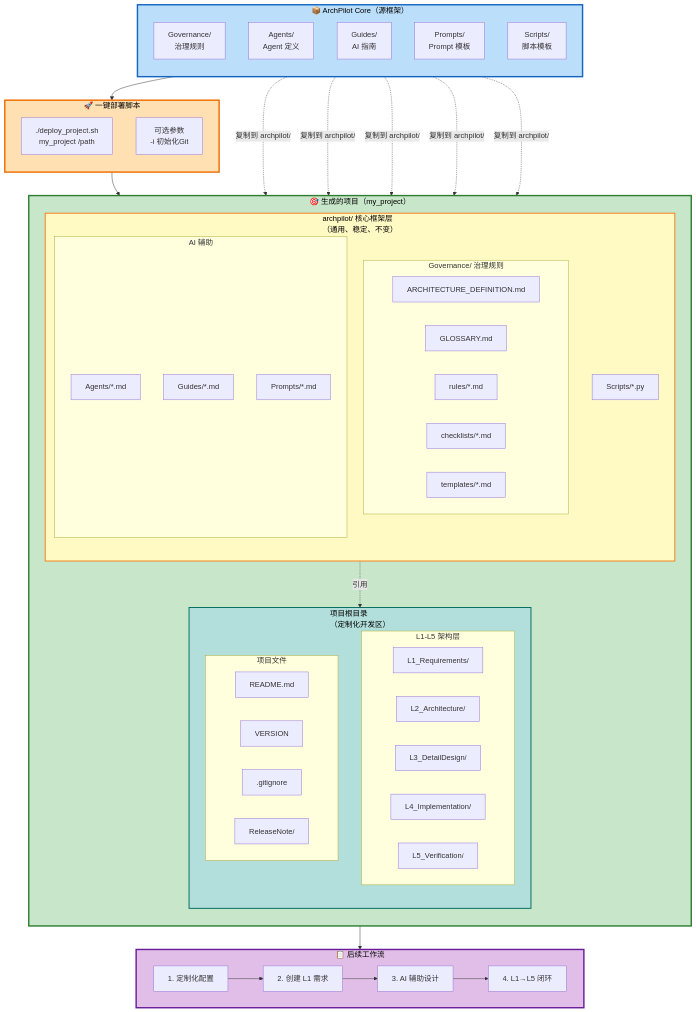
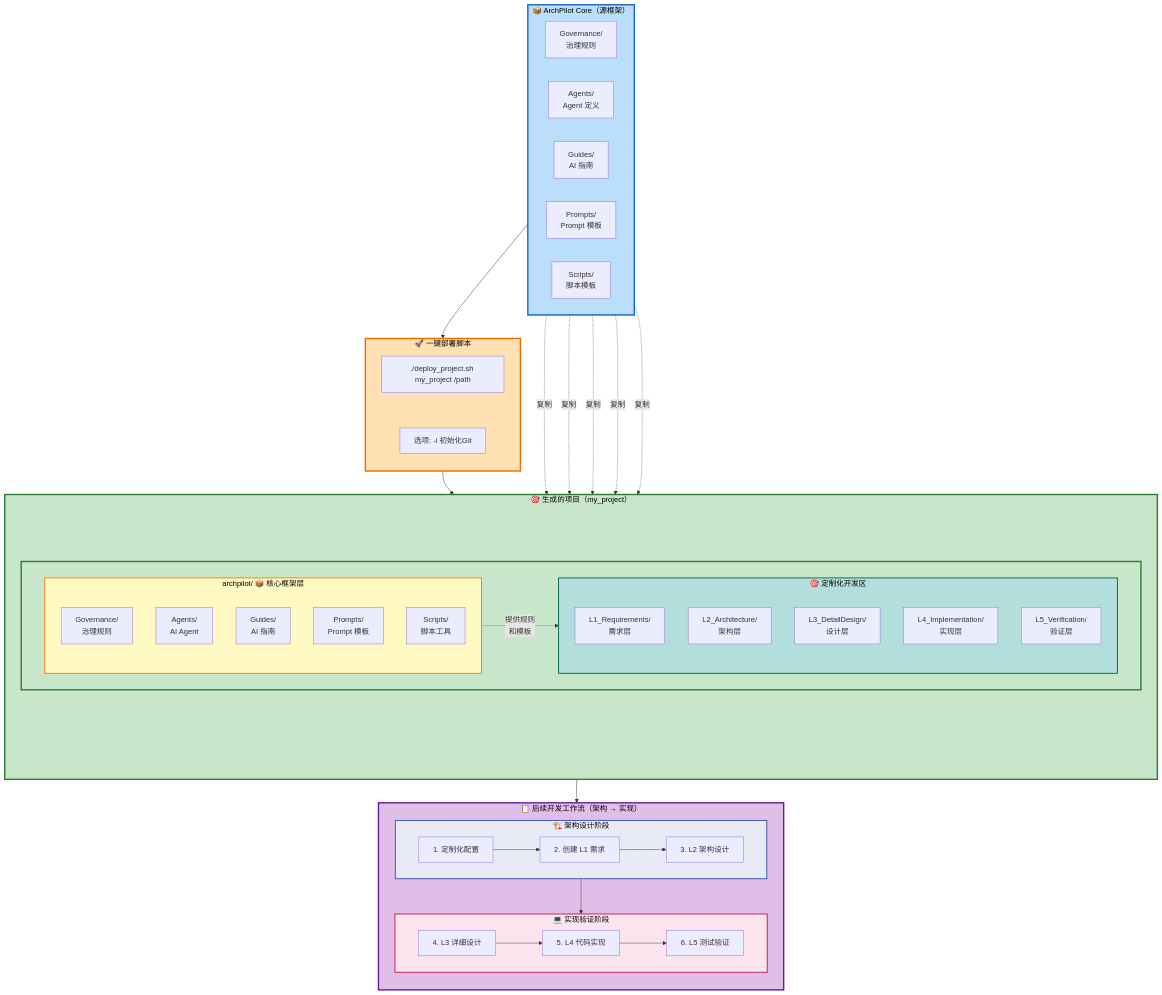
One commit to lukagithub/archpilot_core changed the diagram in Governance/DEPLOYMENT_FLOW.mmd. Above: the diagram before and after it, drawn with Mermaid. The commit also changed 5 other files, not shown here.

```diff
--- a/Governance/DEPLOYMENT_FLOW.mmd
+++ b/Governance/DEPLOYMENT_FLOW.mmd
@@ -1,101 +1,115 @@
 %% ArchPilot Core - 项目部署流程图
 %% 展示从 Core 框架部署到具体项目的完整流程
 
 flowchart TB
     subgraph Core["📦 ArchPilot Core（源框架）"]
-        direction TB
+        direction LR
         C_GOV["Governance/<br/>治理规则"]
         C_AGENT["Agents/<br/>Agent 定义"]
         C_GUIDE["Guides/<br/>AI 指南"]
         C_PROMPT["Prompts/<br/>Prompt 模板"]
         C_SCRIPT["Scripts/<br/>脚本模板"]
     end
 
     subgraph Deploy["🚀 一键部署脚本"]
         direction TB
-        D_CMD["./deploy_project.sh<br/>my_project /path"]
-        D_OPT["可选参数<br/>-i 初始化Git"]
+        D_CMD["./deploy_project.sh my_project /path"]
+        D_OPT["选项: -i 初始化Git"]
+        D_CMD ~~~ D_OPT
     end
 
     subgraph Project["🎯 生成的项目（my_project）"]
         direction TB
 
-        subgraph P_CORE["archpilot/ 核心框架层<br/>（通用、稳定、不变）"]
-            direction TB
+        P_TOP[" "]
 
-            subgraph P_GOV["Governance/ 治理规则"]
-                P_ARCH["ARCHITECTURE_DEFINITION.md"]
-                P_GLOSS["GLOSSARY.md"]
-                P_RULES["rules/*.md"]
-                P_CHECK["checklists/*.md"]
-                P_TPL["templates/*.md"]
+        subgraph ProjectMain[" "]
+            direction LR
+
+            subgraph P_CORE["archpilot/ 📦 核心框架层"]
+                direction TB
+                PC_GOV["Governance/<br/>治理规则"]
+                PC_AGENT["Agents/<br/>AI Agent"]
+                PC_GUIDE["Guides/<br/>AI 指南"]
+                PC_PROMPT["Prompts/<br/>Prompt 模板"]
+                PC_SCRIPT["Scripts/<br/>脚本工具"]
             end
 
-            subgraph P_AI["AI 辅助"]
-                P_AGENT["Agents/*.md"]
-                P_GUIDE["Guides/*.md"]
-                P_PROMPT["Prompts/*.md"]
+            subgraph P_CUSTOM["🎯 定制化开发区"]
+                direction TB
+                PD_L1["L1_Requirements/<br/>需求层"]
+                PD_L2["L2_Architecture/<br/>架构层"]
+                PD_L3["L3_DetailDesign/<br/>设计层"]
+                PD_L4["L4_Implementation/<br/>实现层"]
+                PD_L5["L5_Verification/<br/>验证层"]
             end
-
-            P_SCRIPT["Scripts/*.py"]
         end
 
-        subgraph P_CUSTOM["项目根目录<br/>（定制化开发区）"]
-            direction TB
+        P_BOT["项目根文件: README.md / VERSION / .gitignore"]
 
-            subgraph P_L1L5["L1-L5 架构层"]
-                P_L1["L1_Requirements/"]
-                P_L2["L2_Architecture/"]
-                P_L3["L3_DetailDesign/"]
-                P_L4["L4_Implementation/"]
-                P_L5["L5_Verification/"]
-            end
-
-            subgraph P_OTHER["项目文件"]
-                P_README["README.md"]
-                P_VERSION["VERSION"]
-                P_GIT[".gitignore"]
-                P_RELEASE["ReleaseNote/"]
-            end
-        end
+        P_TOP ~~~ ProjectMain
+        ProjectMain ~~~ P_BOT
     end
 
-    subgraph Workflow["📋 后续工作流"]
-        direction LR
-        W1["1. 定制化配置"]
-        W2["2. 创建 L1 需求"]
-        W3["3. AI 辅助设计"]
-        W4["4. L1→L5 闭环"]
+    subgraph Workflow["📋 后续开发工作流（架构 → 实现）"]
+        direction TB
+
+        subgraph W_ARCH["🏗️ 架构设计阶段"]
+            direction LR
+            W1["1. 定制化配置"]
+            W2["2. 创建 L1 需求"]
+            W3["3. L2 架构设计"]
+            W1 --> W2 --> W3
+        end
+
+        subgraph W_IMPL["💻 实现验证阶段"]
+            direction LR
+            W4["4. L3 详细设计"]
+            W5["5. L4 代码实现"]
+            W6["6. L5 测试验证"]
+            W4 --> W5 --> W6
+        end
+
+        W_ARCH --> W_IMPL
     end
 
     %% 部署流程连接
     Core --> Deploy
     Deploy --> Project
 
-    %% Core 到 Project 的映射（完整部署）
-    C_GOV -.->|复制到 archpilot/| P_GOV
-    C_AGENT -.->|复制到 archpilot/| P_AGENT
-    C_GUIDE -.->|复制到 archpilot/| P_GUIDE
-    C_PROMPT -.->|复制到 archpilot/| P_PROMPT
-    C_SCRIPT -.->|复制到 archpilot/| P_SCRIPT
+    %% Core 到 Project 的映射（使用虚线表示复制关系）
+    C_GOV -.->|复制| PC_GOV
+    C_AGENT -.->|复制| PC_AGENT
+    C_GUIDE -.->|复制| PC_GUIDE
+    C_PROMPT -.->|复制| PC_PROMPT
+    C_SCRIPT -.->|复制| PC_SCRIPT
 
-    P_CORE -.->|引用| P_CUSTOM
+    %% archpilot 框架层为开发区提供规则和模板支持
+    P_CORE -.->|提供规则<br/>和模板| P_CUSTOM
 
-    %% Project 到 Workflow
+    %% Project 到 Workflow（使用不可见连线辅助布局）
     Project --> Workflow
-    W1 --> W2 --> W3 --> W4
+
+    %% 布局 trick：使用不可见连线调整对齐
+    P_CUSTOM ~~~ Workflow
 
     %% 样式定义（优化配色）
     classDef coreStyle fill:#bbdefb,stroke:#1565c0,stroke-width:3px,color:#000
     classDef deployStyle fill:#ffe0b2,stroke:#ef6c00,stroke-width:3px,color:#000
     classDef projectStyle fill:#c8e6c9,stroke:#2e7d32,stroke-width:3px,color:#000
     classDef workflowStyle fill:#e1bee7,stroke:#6a1b9a,stroke-width:3px,color:#000
     classDef archpilotStyle fill:#fff9c4,stroke:#f57f17,stroke-width:2px,color:#000
     classDef customStyle fill:#b2dfdb,stroke:#00695c,stroke-width:2px,color:#000
+    classDef archStageStyle fill:#e8eaf6,stroke:#3f51b5,stroke-width:2px,color:#000
+    classDef implStageStyle fill:#fce4ec,stroke:#c2185b,stroke-width:2px,color:#000
+    classDef invisibleStyle fill:none,stroke:none,color:transparent
 
     class Core coreStyle
     class Deploy deployStyle
-    class Project projectStyle
+    class Project,ProjectMain projectStyle
     class Workflow workflowStyle
     class P_CORE archpilotStyle
     class P_CUSTOM customStyle
+    class W_ARCH archStageStyle
+    class W_IMPL implStageStyle
+    class P_TOP,P_BOT invisibleStyle
```
